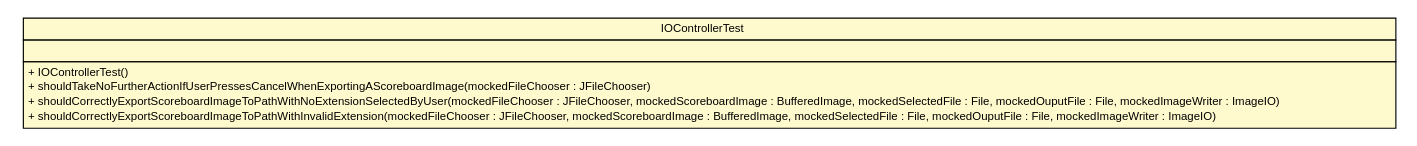
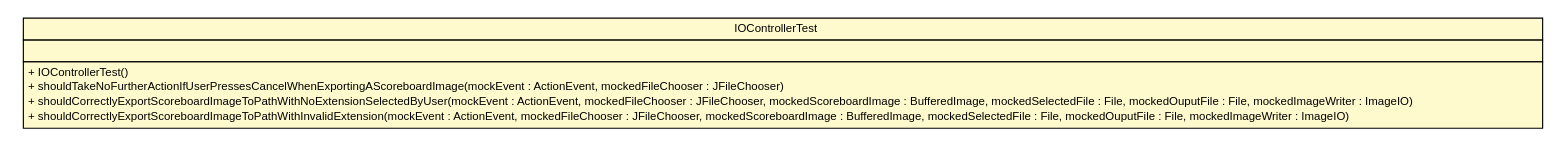
One commit to thmuggleton/bowling-desktop changed the diagram in documentation/tests-javadoc/thmuggleton/controller/IOControllerTest.dot. Above: the diagram before and after it, drawn with Graphviz. The commit also changed 199 other files, not shown here.

```diff
--- a/documentation/tests-javadoc/thmuggleton/controller/IOControllerTest.dot
+++ b/documentation/tests-javadoc/thmuggleton/controller/IOControllerTest.dot
@@ -1,27 +1,27 @@
 #!/usr/local/bin/dot
 #
 # Class diagram 
 # Generated by UMLGraph version R5_6 (http://www.umlgraph.org/)
 #
 
 digraph G {
 	edge [fontname="Helvetica",fontsize=10,labelfontname="Helvetica",labelfontsize=10];
 	node [fontname="Helvetica",fontsize=10,shape=plaintext];
 	nodesep=0.25;
 	ranksep=0.5;
 	// thmuggleton.controller.IOControllerTest
-	c55 [label=<<table title="thmuggleton.controller.IOControllerTest" border="0" cellborder="1" cellspacing="0" cellpadding="2" port="p" bgcolor="lemonChiffon" href="./IOControllerTest.html">
+	c54 [label=<<table title="thmuggleton.controller.IOControllerTest" border="0" cellborder="1" cellspacing="0" cellpadding="2" port="p" bgcolor="lemonChiffon" href="./IOControllerTest.html">
 		<tr><td><table border="0" cellspacing="0" cellpadding="1">
 <tr><td align="center" balign="center"> IOControllerTest </td></tr>
 		</table></td></tr>
 		<tr><td><table border="0" cellspacing="0" cellpadding="1">
 <tr><td align="left" balign="left">  </td></tr>
 		</table></td></tr>
 		<tr><td><table border="0" cellspacing="0" cellpadding="1">
 <tr><td align="left" balign="left"> + IOControllerTest() </td></tr>
-<tr><td align="left" balign="left"> + shouldTakeNoFurtherActionIfUserPressesCancelWhenExportingAScoreboardImage(mockedFileChooser : JFileChooser) </td></tr>
-<tr><td align="left" balign="left"> + shouldCorrectlyExportScoreboardImageToPathWithNoExtensionSelectedByUser(mockedFileChooser : JFileChooser, mockedScoreboardImage : BufferedImage, mockedSelectedFile : File, mockedOuputFile : File, mockedImageWriter : ImageIO) </td></tr>
-<tr><td align="left" balign="left"> + shouldCorrectlyExportScoreboardImageToPathWithInvalidExtension(mockedFileChooser : JFileChooser, mockedScoreboardImage : BufferedImage, mockedSelectedFile : File, mockedOuputFile : File, mockedImageWriter : ImageIO) </td></tr>
+<tr><td align="left" balign="left"> + shouldTakeNoFurtherActionIfUserPressesCancelWhenExportingAScoreboardImage(mockEvent : ActionEvent, mockedFileChooser : JFileChooser) </td></tr>
+<tr><td align="left" balign="left"> + shouldCorrectlyExportScoreboardImageToPathWithNoExtensionSelectedByUser(mockEvent : ActionEvent, mockedFileChooser : JFileChooser, mockedScoreboardImage : BufferedImage, mockedSelectedFile : File, mockedOuputFile : File, mockedImageWriter : ImageIO) </td></tr>
+<tr><td align="left" balign="left"> + shouldCorrectlyExportScoreboardImageToPathWithInvalidExtension(mockEvent : ActionEvent, mockedFileChooser : JFileChooser, mockedScoreboardImage : BufferedImage, mockedSelectedFile : File, mockedOuputFile : File, mockedImageWriter : ImageIO) </td></tr>
 		</table></td></tr>
 		</table>>, URL="./IOControllerTest.html", fontname="Helvetica", fontcolor="black", fontsize=10.0];
 }
```
